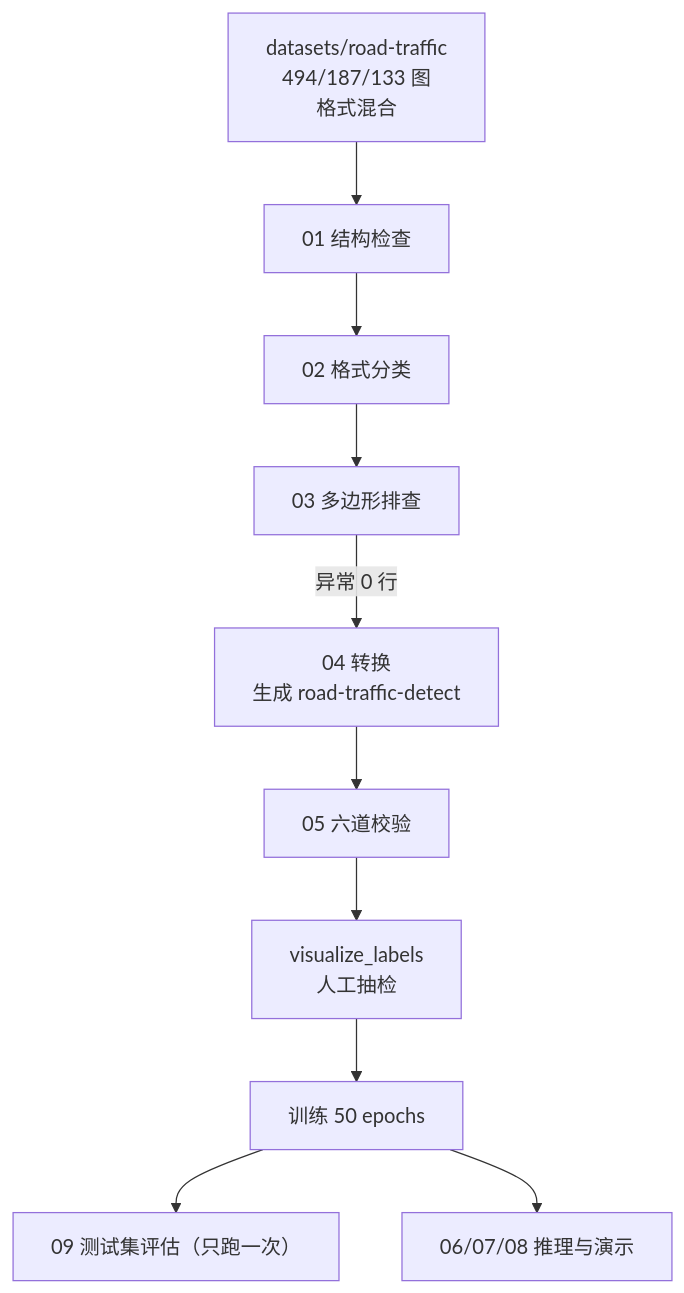
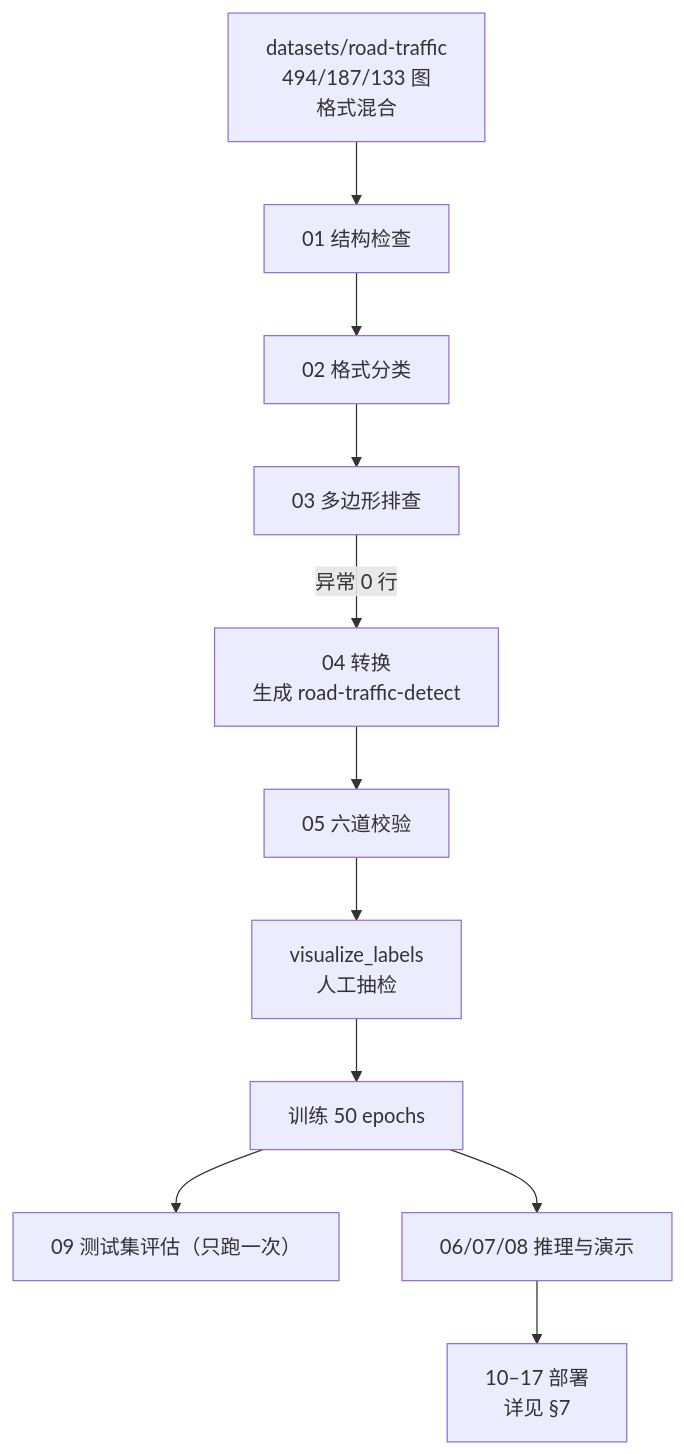
The first of 2 diagrams in docs/workflow.md (DOURENCHI/YOLO-road-detection), drawn with Mermaid before and after one commit. The commit also changed other lines of this file and 5 other files, not shown here.

````diff
--- a/docs/workflow.md
+++ b/docs/workflow.md
@@ -7,12 +7,13 @@
 ```mermaid
 flowchart TD
     S["datasets/road-traffic<br/>494/187/133 图<br/>格式混合"] --> P1["01 结构检查"]
     P1 --> P2["02 格式分类"]
     P2 --> P3["03 多边形排查"]
     P3 -->|异常 0 行| P4["04 转换<br/>生成 road-traffic-detect"]
     P4 --> P5["05 六道校验"]
     P5 --> V["visualize_labels<br/>人工抽检"]
     V --> T["训练 50 epochs"]
     T --> E["09 测试集评估（只跑一次）"]
     T --> D["06/07/08 推理与演示"]
+    D --> P["10–17 部署<br/>详见 §7"]
 ```
````
